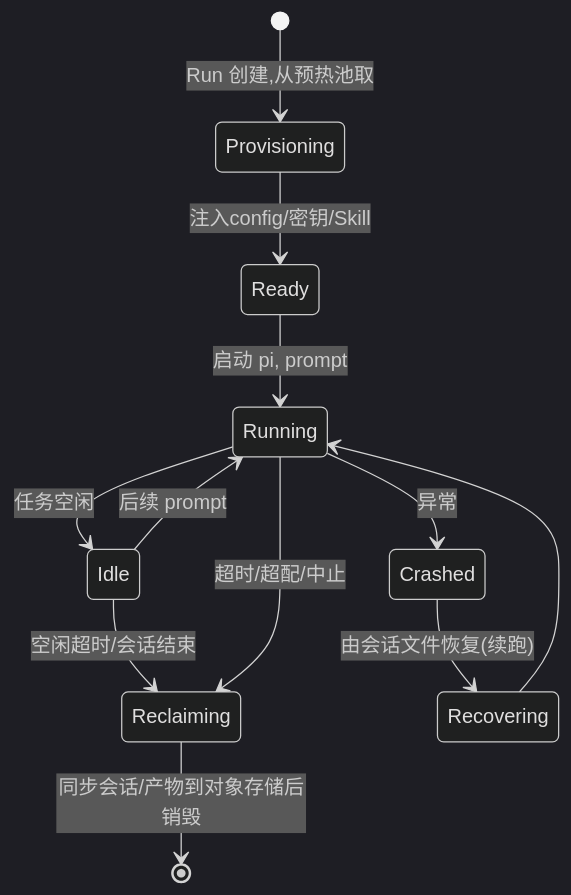
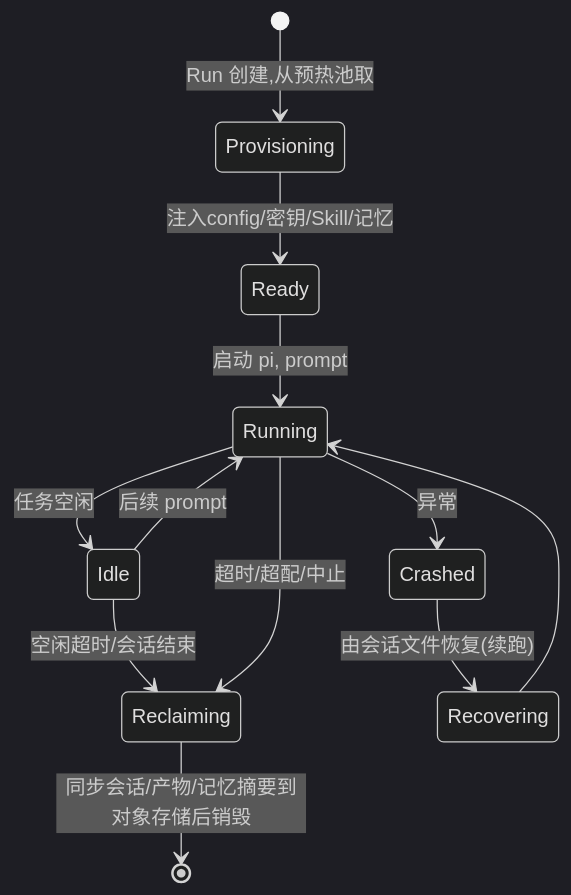
One commit to hxp0618/cloud-agents changed the third of 3 diagrams in doc/design/07-sandbox-isolation.md. Above: the diagram before and after it, drawn with Mermaid (dark theme). The commit also changed other lines of this file and 6 other files, not shown here.

````diff
--- a/doc/design/07-sandbox-isolation.md
+++ b/doc/design/07-sandbox-isolation.md
@@ -106,14 +106,14 @@
 ```mermaid
 stateDiagram-v2
     [*] --> Provisioning: Run 创建,从预热池取
-    Provisioning --> Ready: 注入config/密钥/Skill
+    Provisioning --> Ready: 注入config/密钥/Skill/记忆
     Ready --> Running: 启动 pi, prompt
     Running --> Idle: 任务空闲
     Idle --> Running: 后续 prompt
     Idle --> Reclaiming: 空闲超时/会话结束
     Running --> Reclaiming: 超时/超配/中止
     Running --> Crashed: 异常
     Crashed --> Recovering: 由会话文件恢复(续跑)
     Recovering --> Running
-    Reclaiming --> [*]: 同步会话/产物到对象存储后销毁
+    Reclaiming --> [*]: 同步会话/产物/记忆摘要到对象存储后销毁
 ```
````
